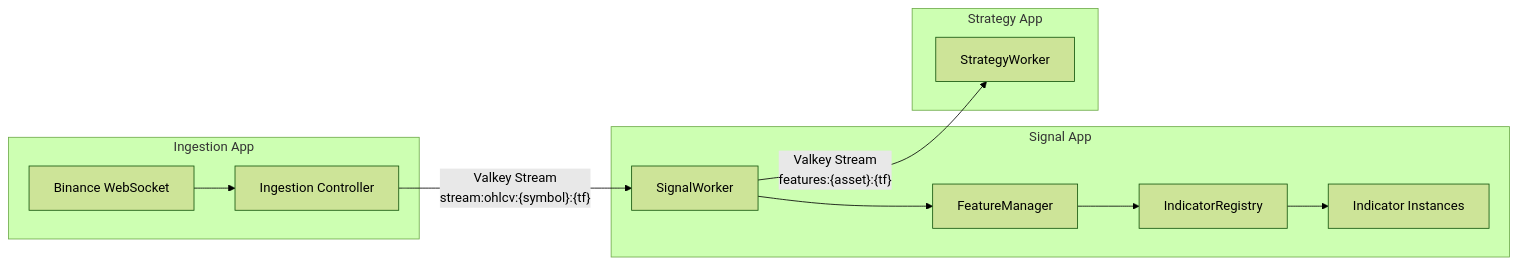
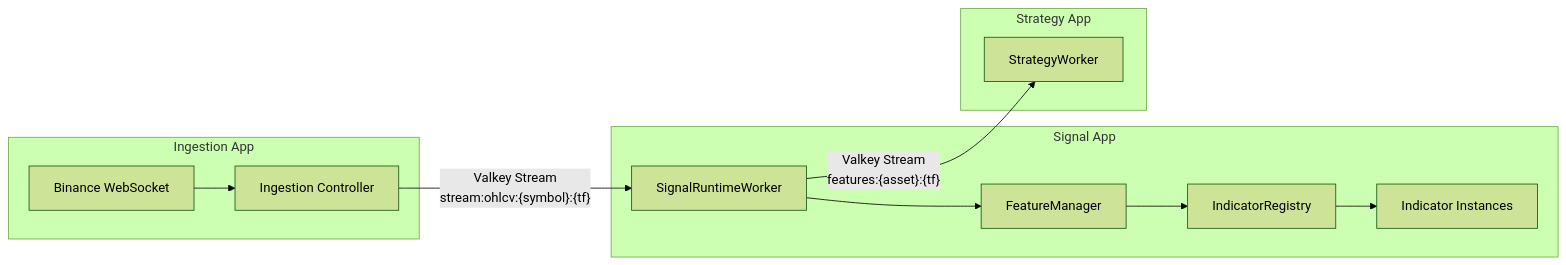
One commit to transparentCode/flipperAgent changed the first of 5 diagrams in docs/signal_app.md. Above: the diagram before and after it, drawn with Mermaid (forest theme). The commit also changed other lines of this file and 76 other files, not shown here.

Commit message:
Store flipperAgent/signal_app/2026-06-13-phase2-runtime-api-seams in default

````diff
--- a/docs/signal_app.md
+++ b/docs/signal_app.md
@@ -15,20 +15,20 @@
 ```mermaid
 flowchart LR
     subgraph Ingestion App
         WS[Binance WebSocket] --> IC[Ingestion Controller]
     end
 
     subgraph Signal App
-        SW[SignalWorker] --> FM[FeatureManager]
+        SW[SignalRuntimeWorker] --> FM[FeatureManager]
         FM --> IR[IndicatorRegistry]
         IR --> IND[Indicator Instances]
     end
 
     subgraph Strategy App
         STW[StrategyWorker]
     end
 
     IC -- "Valkey Stream\nstream:ohlcv:{symbol}:{tf}" --> SW
     SW -- "Valkey Stream\nfeatures:{asset}:{tf}" --> STW
 
 ```
````
